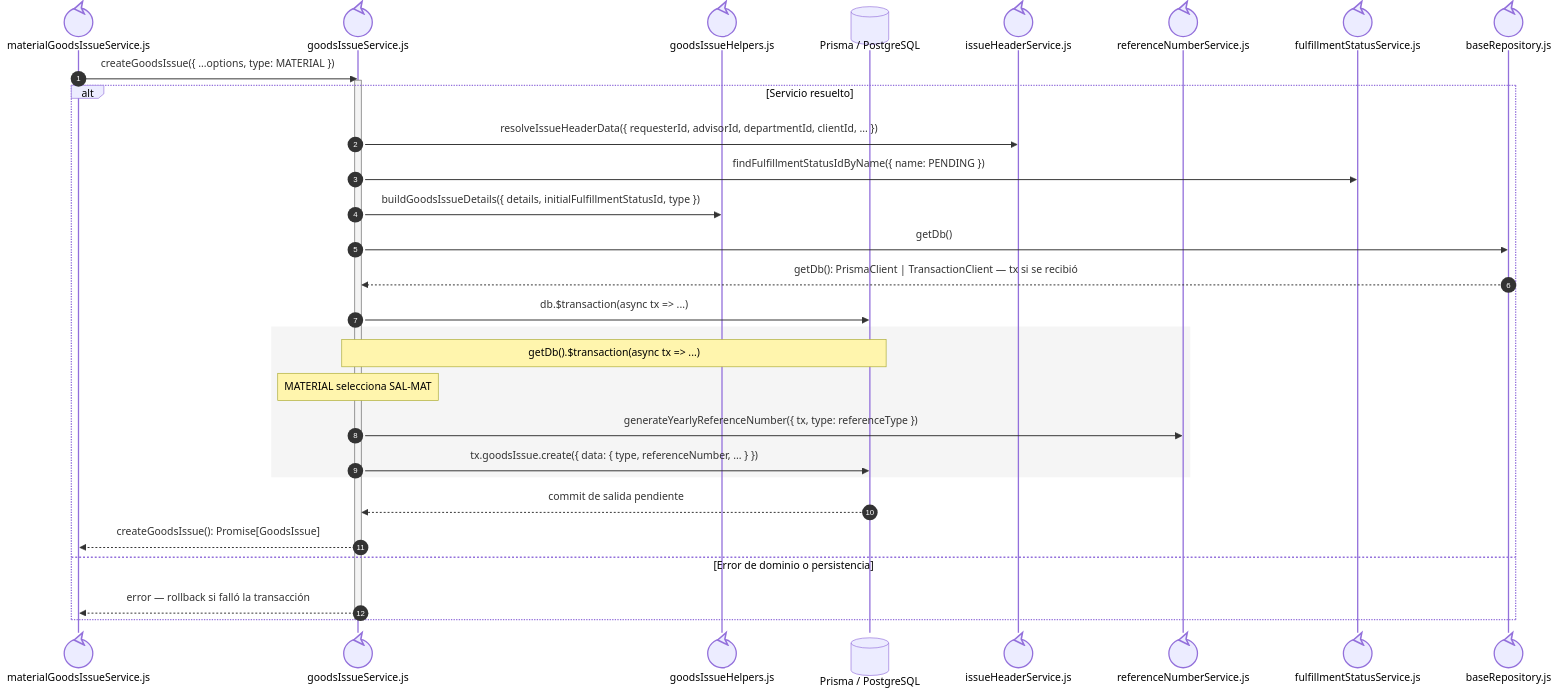
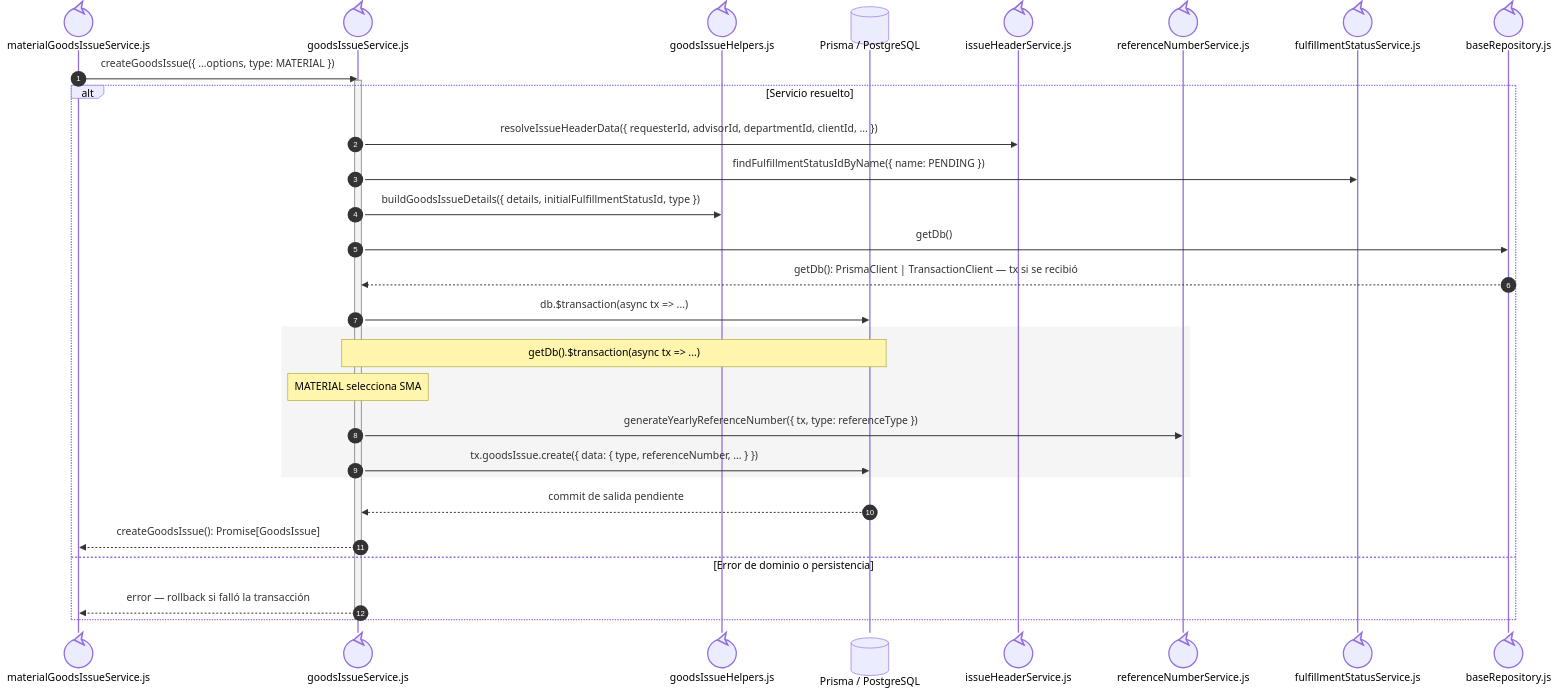
One commit to gpgsistemas01/nexus changed the fourth of 4 diagrams in docs/architecture/views/processes/backend-code-sequences/issues/cu-sal-02.md. Above: the diagram before and after it, drawn with Mermaid. The commit also changed 25 other files, not shown here.

````diff
--- a/docs/architecture/views/processes/backend-code-sequences/issues/cu-sal-02.md
+++ b/docs/architecture/views/processes/backend-code-sequences/issues/cu-sal-02.md
@@ -165,35 +165,35 @@
 ```mermaid
 sequenceDiagram
     autonumber
     participant Facade@{ "type": "control" } as materialGoodsIssueService.js
     participant Core@{ "type": "control" } as goodsIssueService.js
     participant Helpers@{ "type": "control" } as goodsIssueHelpers.js
     participant Prisma@{ "type": "database" } as Prisma / PostgreSQL
     participant Header@{ "type": "control" } as issueHeaderService.js
     participant Reference@{ "type": "control" } as referenceNumberService.js
     participant Fulfillment@{ "type": "control" } as fulfillmentStatusService.js
 
     participant FileBaseRepository@{ "type": "control" } as baseRepository.js
 
     Facade->>Core: createGoodsIssue({ ...options, type: MATERIAL })
     activate Core
     alt Servicio resuelto
         Core->>Header: resolveIssueHeaderData({ requesterId, advisorId, departmentId, clientId, ... })
         Core->>Fulfillment: findFulfillmentStatusIdByName({ name: PENDING })
         Core->>Helpers: buildGoodsIssueDetails({ details, initialFulfillmentStatusId, type })
         Core->>FileBaseRepository: getDb()
         FileBaseRepository-->>Core: getDb(): PrismaClient | TransactionClient — tx si se recibió
         Core->>Prisma: db.$transaction(async tx => ...)
         rect rgb(245, 245, 245)
             Note over Core,Prisma: getDb().$transaction(async tx => ...)
-            Note over Core: MATERIAL selecciona SAL-MAT
+            Note over Core: MATERIAL selecciona SMA
             Core->>Reference: generateYearlyReferenceNumber({ tx, type: referenceType })
             Core->>Prisma: tx.goodsIssue.create({ data: { type, referenceNumber, ... } })
         end
         Prisma-->>Core: commit de salida pendiente
         Core-->>Facade: createGoodsIssue(): Promise[GoodsIssue]
     else Error de dominio o persistencia
         Core-->>Facade: error — rollback si falló la transacción
     end
     deactivate Core
 ```
````
